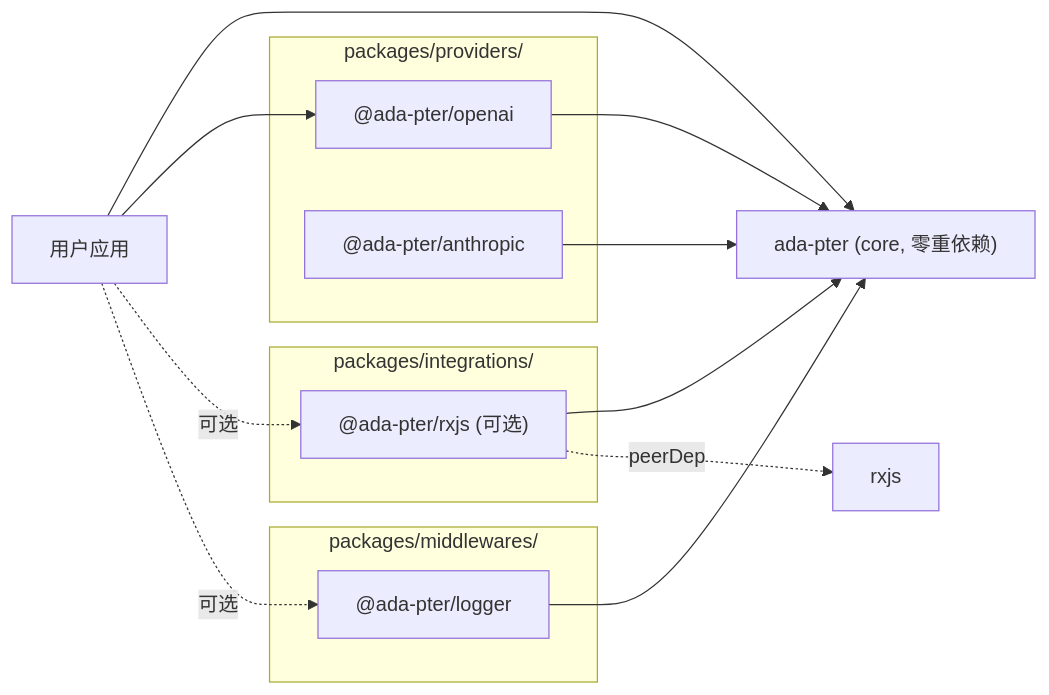
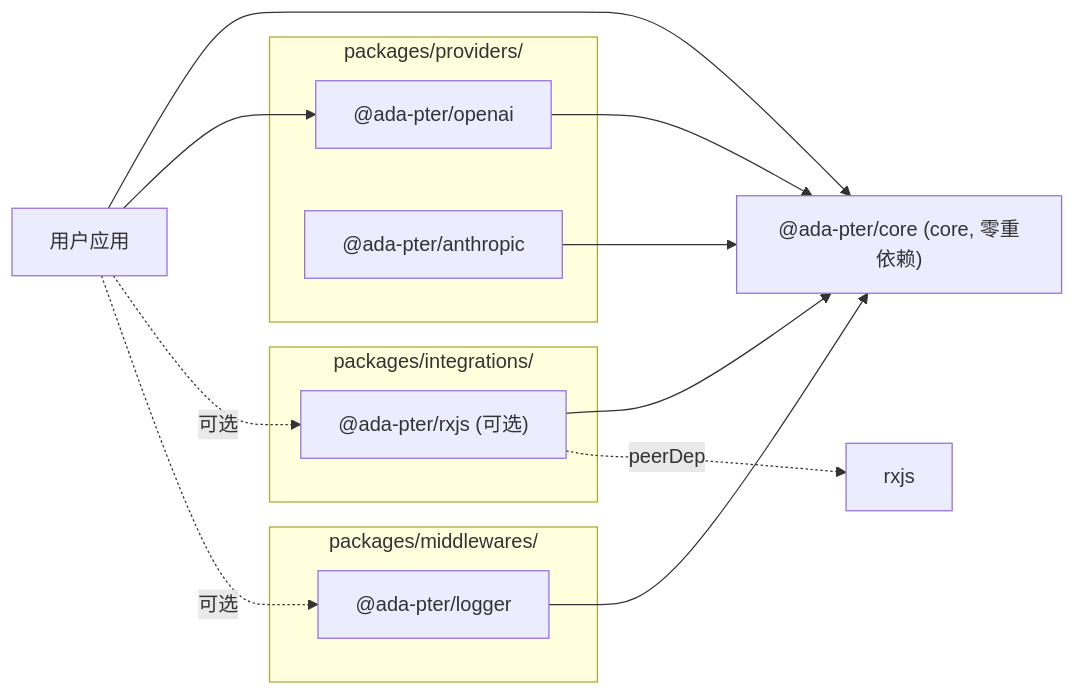
Before and after one commit to XLCYun/ada-pter: the first of 3 diagrams in draft/ada-pter-architecture-design-zh.md, drawn with Mermaid. The commit also changed other lines of this file and 30 other files, not shown here.

First line of the commit message:
Update package name from ada-pter to @ada-pter/core across documentation and changeset

````diff
--- a/draft/ada-pter-architecture-design-zh.md
+++ b/draft/ada-pter-architecture-design-zh.md
@@ -58,23 +58,23 @@
 ```mermaid
 graph LR
-    Core["ada-pter (core, 零重依赖)"]
+    Core["@ada-pter/core (core, 零重依赖)"]
     OpenAI["@ada-pter/openai"] --> Core
     Anthropic["@ada-pter/anthropic"] --> Core
     RxJS["@ada-pter/rxjs (可选)"] --> Core
     RxJS -.->|"peerDep"| RxJSLib["rxjs"]
     Logger["@ada-pter/logger"] --> Core
     UserApp["用户应用"] --> Core
     UserApp --> OpenAI
     UserApp -.->|"可选"| RxJS
     UserApp -.->|"可选"| Logger
     subgraph packagesProviders [packages/providers/]
         OpenAI
         Anthropic
     end
     subgraph packagesIntegrations [packages/integrations/]
         RxJS
     end
     subgraph packagesMiddlewares [packages/middlewares/]
         Logger
     end
 ```
````
